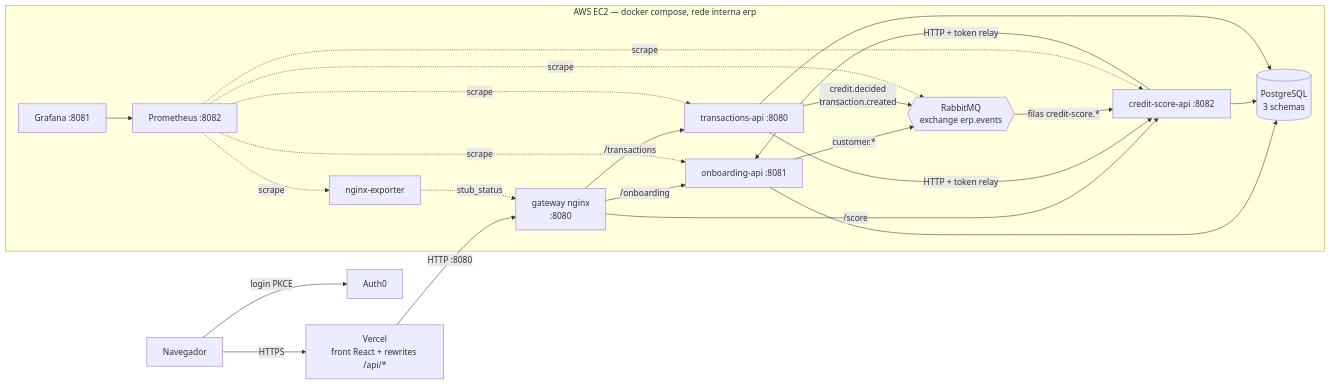
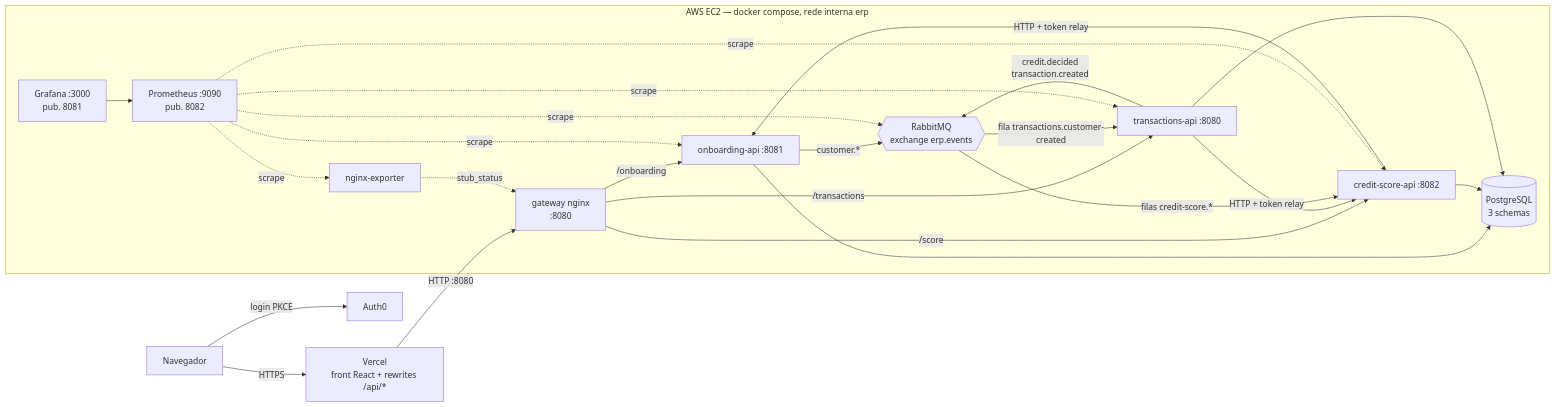
The diagram in docs/etapa-4.md (murilozgodoy/erp-banking-front), drawn with Mermaid before and after one commit. The commit also changed other lines of this file and 1 other file, not shown here.

````diff
--- a/docs/etapa-4.md
+++ b/docs/etapa-4.md
@@ -28,22 +28,23 @@
 ```mermaid
 flowchart LR
     U[Navegador] -->|HTTPS| V[Vercel<br/>front React + rewrites /api/*]
     U -->|login PKCE| A[Auth0]
     V -->|HTTP :8080| G
 
     subgraph EC2 [AWS EC2 — docker compose, rede interna erp]
         G[gateway nginx<br/>:8080]
         G -->|/onboarding| O[onboarding-api :8081]
         G -->|/score| S[credit-score-api :8082]
         G -->|/transactions| T[transactions-api :8080]
         S -->|HTTP + token relay| O
         T -->|HTTP + token relay| S
         O & S & T --> PG[(PostgreSQL<br/>3 schemas)]
         O -->|customer.*| MQ{{RabbitMQ<br/>exchange erp.events}}
         T -->|credit.decided<br/>transaction.created| MQ
         MQ -->|filas credit-score.*| S
-        P[Prometheus :8082] -.scrape.-> O & S & T & NX[nginx-exporter] & MQ
+        MQ -->|fila transactions.customer-created| T
+        P[Prometheus :9090<br/>pub. 8082] -.scrape.-> O & S & T & NX[nginx-exporter] & MQ
         NX -.stub_status.-> G
-        GR[Grafana :8081] --> P
+        GR[Grafana :3000<br/>pub. 8081] --> P
     end
 ```
````
